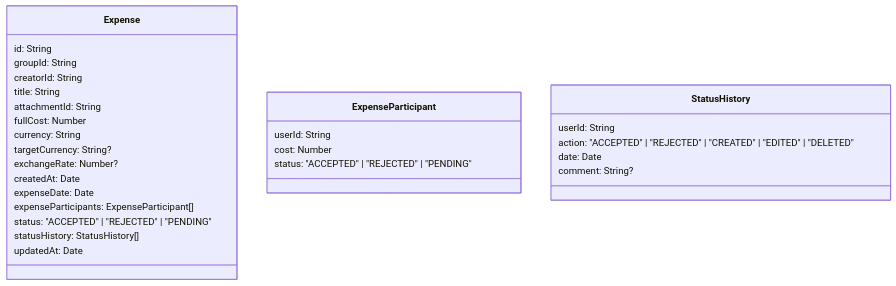
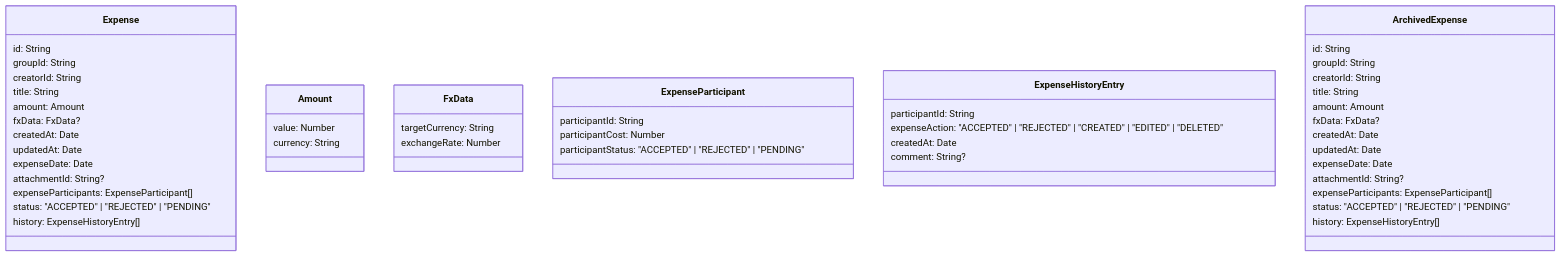
One commit to Group-Expense-Manager/gem-docs changed the eighth of 20 diagrams in docs/contracts.md. Above: the diagram before and after it, drawn with Mermaid. The commit also changed other lines of this file and 1 other file, not shown here.

Commit message:
updated flow diagrams & database classes

````diff
--- a/docs/contracts.md
+++ b/docs/contracts.md
@@ -354,34 +369,58 @@
 ```mermaid
 classDiagram
     class Expense {
         id: String
         groupId: String
         creatorId: String
         title: String
-        attachmentId: String
-        fullCost: Number
-        currency: String
-        targetCurrency: String?
-        exchangeRate: Number?
+        amount: Amount
+        fxData: FxData?
         createdAt: Date
+        updatedAt: Date
         expenseDate: Date
+        attachmentId: String?
         expenseParticipants: ExpenseParticipant[]
         status: "ACCEPTED" | "REJECTED" | "PENDING"
-        statusHistory: StatusHistory[]
-        updatedAt: Date
+        history: ExpenseHistoryEntry[]
+    }
+    
+    class Amount {
+        value: Number
+        currency: String
+    }
+    
+    class FxData {
+        targetCurrency: String
+        exchangeRate: Number
     }
     
     class ExpenseParticipant {
-        userId: String
-        cost: Number
-        status: "ACCEPTED" | "REJECTED" | "PENDING"
+        participantId: String
+        participantCost: Number
+        participantStatus: "ACCEPTED" | "REJECTED" | "PENDING"
     }
     
-    class StatusHistory {
-        userId: String
-        action: "ACCEPTED" | "REJECTED" | "CREATED" | "EDITED" | "DELETED"
-        date: Date
+    class ExpenseHistoryEntry {
+        participantId: String
+        expenseAction: "ACCEPTED" | "REJECTED" | "CREATED" | "EDITED" | "DELETED"
+        createdAt: Date
         comment: String?
     }
+    class ArchivedExpense {
+        id: String
+        groupId: String
+        creatorId: String
+        title: String
+        amount: Amount
+        fxData: FxData?
+        createdAt: Date
+        updatedAt: Date
+        expenseDate: Date
+        attachmentId: String?
+        expenseParticipants: ExpenseParticipant[]
+        status: "ACCEPTED" | "REJECTED" | "PENDING"
+        history: ExpenseHistoryEntry[]
+    }
+    
 
 ```
````
